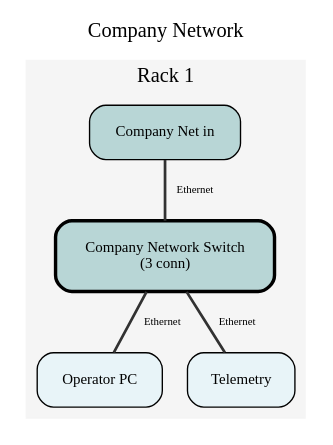
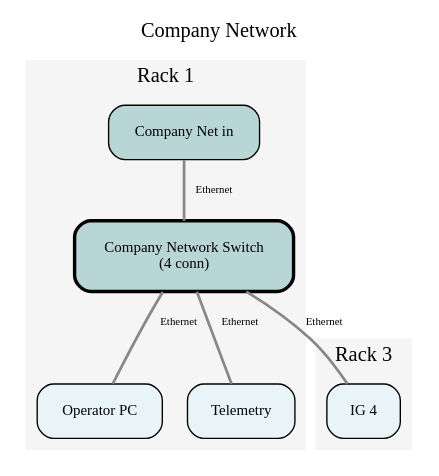
The diagram in output/company_network.dot (BenjiPestell/rack-diagram-demo), drawn with Graphviz before and after one commit. The commit also changed 6 other files, not shown here.

```diff
--- a/output/company_network.dot
+++ b/output/company_network.dot
@@ -1,65 +1,80 @@
 graph "Company Network" {
 
   graph [
     bgcolor="white",
     label="Company Network",
     labelloc=t,
     fontsize=15,
     fontname="Sinkin Sans 400 Regular",
     overlap=false,
     sep=0.5
   ];
 
   node [
     shape=box,
     style="rounded,filled",
     fontsize=11,
     fontname="Sinkin Sans 400 Regular",
     margin=0.2
   ];
 
   edge [
-    color="#323232",
+    color="#888888",
     style=solid,
     penwidth=2.0
   ];
 
   // Devices grouped by rack and external groups
 
   subgraph cluster_rack1 {
     label="Rack 1";
     style=filled;
     color="#F5F5F5";
     fontname="Sinkin Sans 400 Regular";
 
     "Company_Network_Switch" [
-      label="Company Network Switch\n(3 conn)",
+      label="Company Network Switch\n(4 conn)",
       fillcolor="#B8D6D6",
       penwidth=2.5
     ];
     "Company_Net_in" [
       label="Company Net in",
       fillcolor="#B8D6D6"
     ];
     "Operator_PC" [
       label="Operator PC",
       fillcolor="#E8F4F8"
     ];
     "Telemetry" [
       label="Telemetry",
       fillcolor="#E8F4F8"
     ];
   }
 
+  subgraph cluster_rack3 {
+    label="Rack 3";
+    style=filled;
+    color="#F5F5F5";
+    fontname="Sinkin Sans 400 Regular";
+
+    "IG_4" [
+      label="IG 4",
+      fillcolor="#E8F4F8"
+    ];
+  }
+
   // Connections
   Company_Network_Switch -- Operator_PC [
-    color="#323232", style=solid, penwidth=2.0, label="   Ethernet", fontsize=8, fontname="Sinkin Sans 400 Regular"
+    color="#888888", style=solid, penwidth=2.0, label="   Ethernet", fontsize=8, fontname="Sinkin Sans 400 Regular"
   ];
   Company_Network_Switch -- Telemetry [
-    color="#323232", style=solid, penwidth=2.0, label="   Ethernet", fontsize=8, fontname="Sinkin Sans 400 Regular"
+    color="#888888", style=solid, penwidth=2.0, label="   Ethernet", fontsize=8, fontname="Sinkin Sans 400 Regular"
   ];
   Company_Net_in -- Company_Network_Switch [
-    color="#323232", style=solid, penwidth=2.0, label="   Ethernet", fontsize=8, fontname="Sinkin Sans 400 Regular"
+    color="#888888", style=solid, penwidth=2.0, label="   Ethernet", fontsize=8, fontname="Sinkin Sans 400 Regular"
+  ];
+  Company_Network_Switch -- IG_4 [
+    color="#888888", style=solid, penwidth=2.0, label="   Ethernet", fontsize=8, fontname="Sinkin Sans 400 Regular"
   ];
 
 }
```
